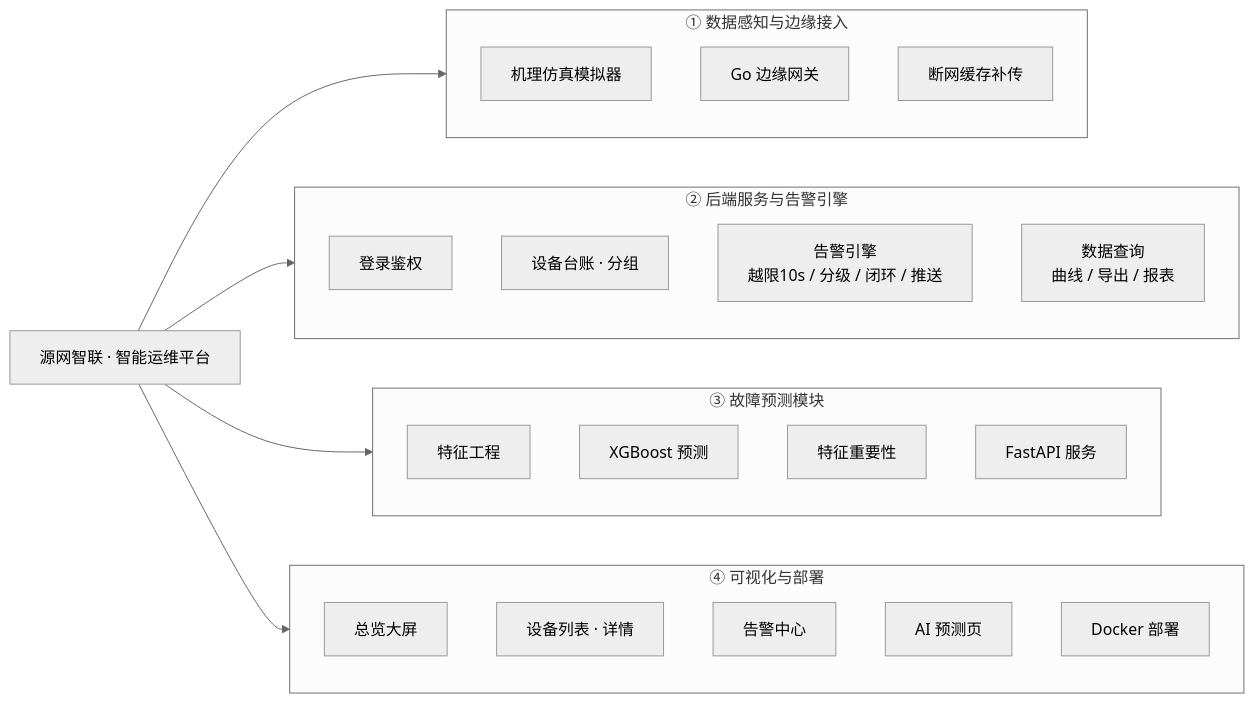
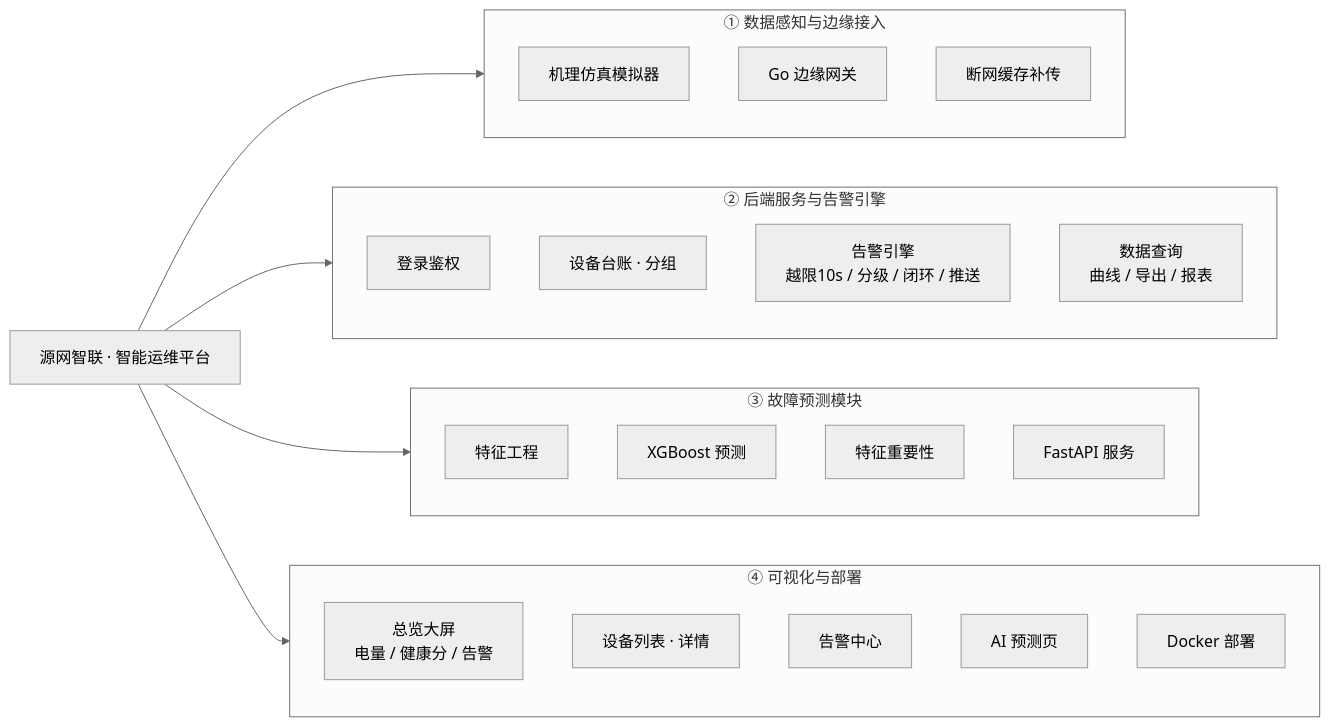
The diagram in 需求分析/05-功能结构图.md (Cyan-carp/PowerSystem), drawn with Mermaid (neutral theme) before and after one commit. The commit also changed other lines of this file and 44 other files, not shown here.

````diff
--- a/需求分析/05-功能结构图.md
+++ b/需求分析/05-功能结构图.md
@@ -21,37 +21,37 @@
 ```mermaid
 flowchart LR
     ROOT["源网智联 · 智能运维平台"]
 
     ROOT --> A
     ROOT --> B
     ROOT --> C
     ROOT --> D
 
     subgraph A["① 数据感知与边缘接入"]
         A1["机理仿真模拟器"]
         A2["Go 边缘网关"]
         A3["断网缓存补传"]
     end
 
     subgraph B["② 后端服务与告警引擎"]
         B1["登录鉴权"]
         B2["设备台账 · 分组"]
         B3["告警引擎<br/>越限10s / 分级 / 闭环 / 推送"]
         B4["数据查询<br/>曲线 / 导出 / 报表"]
     end
 
     subgraph C["③ 故障预测模块"]
         C1["特征工程"]
         C2["XGBoost 预测"]
         C3["特征重要性"]
         C4["FastAPI 服务"]
     end
 
     subgraph D["④ 可视化与部署"]
-        D1["总览大屏"]
+        D1["总览大屏<br/>电量 / 健康分 / 告警"]
         D2["设备列表 · 详情"]
         D3["告警中心"]
         D4["AI 预测页"]
         D5["Docker 部署"]
     end
 ```
````
